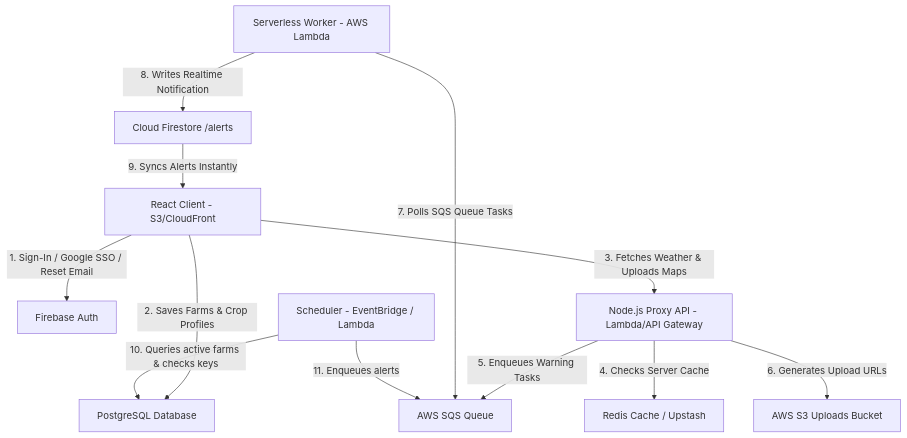
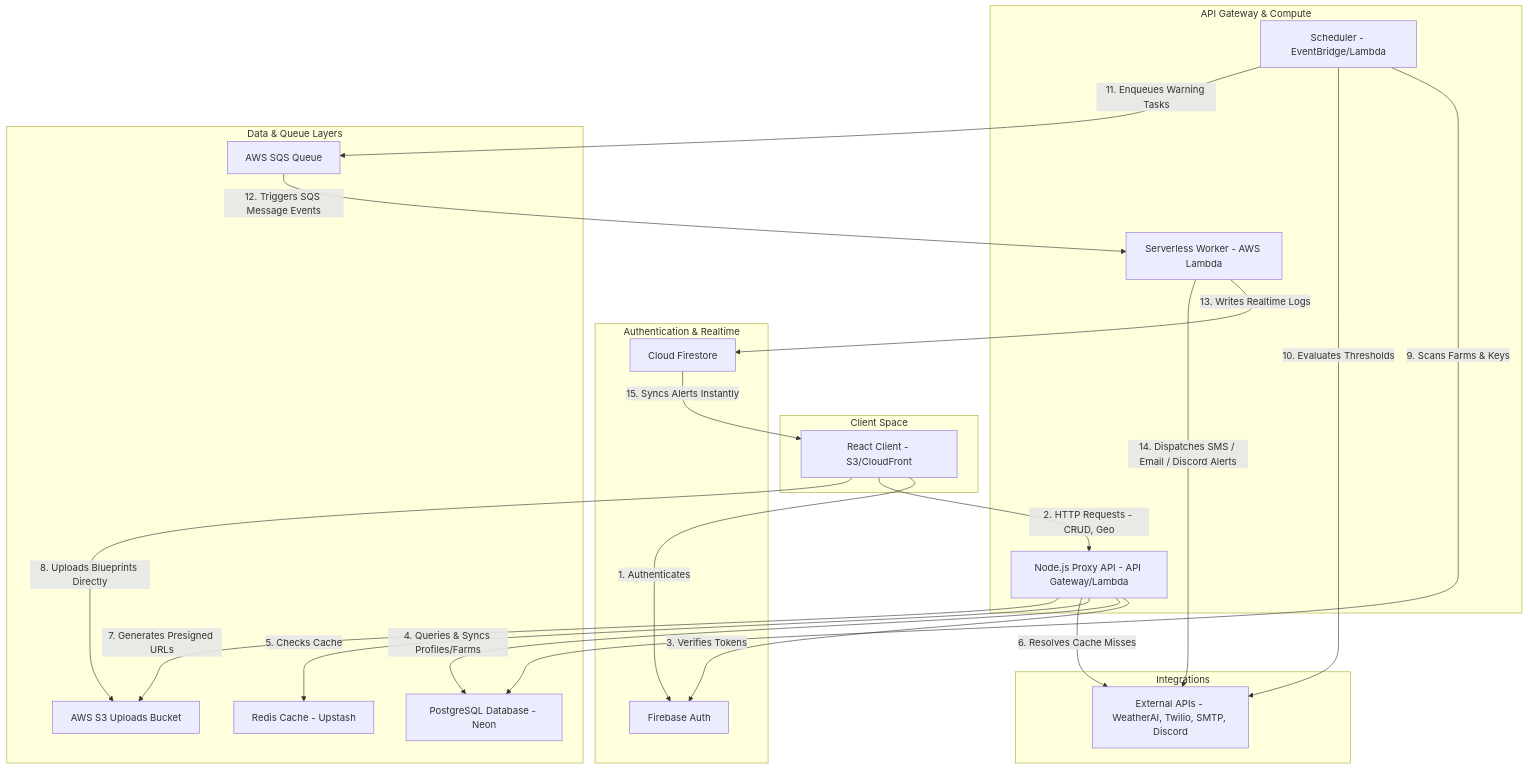
Before and after one commit to sharif291/weather-ai: the diagram in README.md, drawn with Mermaid. The commit also changed other lines of this file and 4 other files, not shown here.

Commit message:
fix: handle revoked API keys, triggering auth reset and visual warning overlays

````diff
--- a/README.md
+++ b/README.md
@@ -11,14 +11,46 @@
 ```mermaid
 graph TD
-    A[React Client - S3/CloudFront] -->|1. Sign-In / Google SSO / Reset Email| B[Firebase Auth]
-    A -->|2. Saves Farms & Crop Profiles| C[PostgreSQL Database]
-    A -->|3. Fetches Weather & Uploads Maps| D[Node.js Proxy API - Lambda/API Gateway]
-    D -->|4. Checks Server Cache| E[Redis Cache / Upstash]
-    D -->|5. Enqueues Warning Tasks| F[AWS SQS Queue]
-    D -->|6. Generates Upload URLs| G[AWS S3 Uploads Bucket]
-    H[Serverless Worker - AWS Lambda] -->|7. Polls SQS Queue Tasks| F
-    H -->|8. Writes Realtime Notification| I[Cloud Firestore /alerts]
-    I -->|9. Syncs Alerts Instantly| A
-    J[Scheduler - EventBridge / Lambda] -->|10. Queries active farms & checks keys| C
-    J -->|11. Enqueues alerts| F
+    subgraph Client Space
+        A[React Client - S3/CloudFront]
+    end
+
+    subgraph Authentication & Realtime
+        B[Firebase Auth]
+        I[Cloud Firestore]
+    end
+
+    subgraph API Gateway & Compute
+        D[Node.js Proxy API - API Gateway/Lambda]
+        H[Serverless Worker - AWS Lambda]
+        J[Scheduler - EventBridge/Lambda]
+    end
+
+    subgraph Data & Queue Layers
+        C[PostgreSQL Database - Neon]
+        E[Redis Cache - Upstash]
+        F[AWS SQS Queue]
+        G[AWS S3 Uploads Bucket]
+    end
+
+    subgraph Integrations
+        K[External APIs - WeatherAI, Twilio, SMTP, Discord]
+    end
+
+    A -->|1. Authenticates| B
+    A -->|2. HTTP Requests - CRUD, Geo| D
+    D -->|3. Verifies Tokens| B
+    D -->|4. Queries & Syncs Profiles/Farms| C
+    D -->|5. Checks Cache| E
+    D -->|6. Resolves Cache Misses| K
+    D -->|7. Generates Presigned URLs| G
+    A -->|8. Uploads Blueprints Directly| G
+    
+    J -->|9. Scans Farms & Keys| C
+    J -->|10. Evaluates Thresholds| K
+    J -->|11. Enqueues Warning Tasks| F
+    
+    F -->|12. Triggers SQS Message Events| H
+    H -->|13. Writes Realtime Logs| I
+    H -->|14. Dispatches SMS / Email / Discord Alerts| K
+    I -->|15. Syncs Alerts Instantly| A
 ```
````
